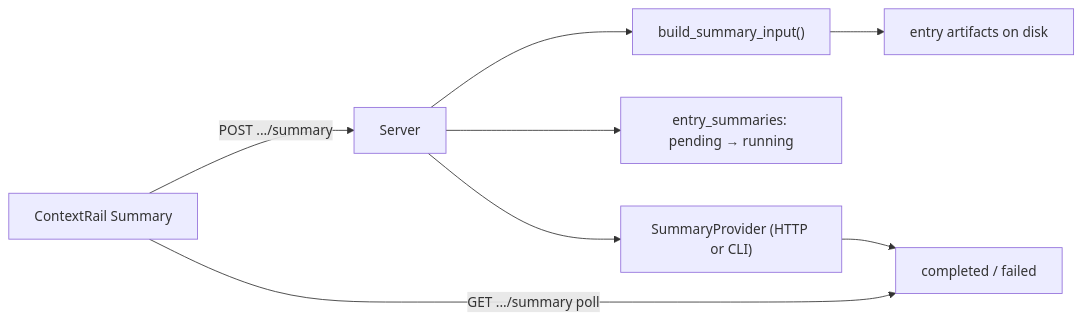
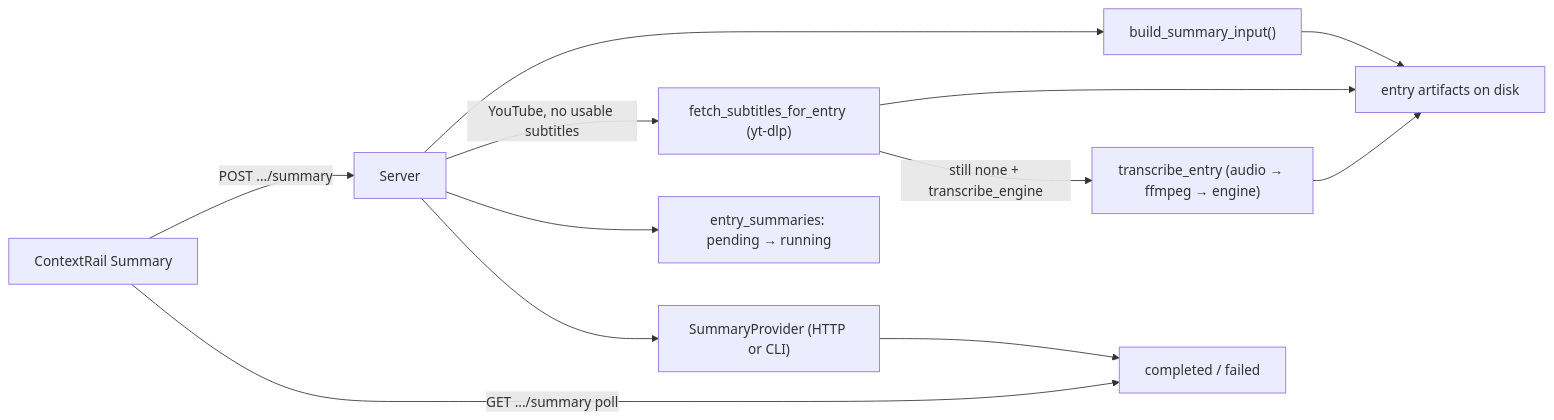
Before and after one commit to thegeneralist01/archivr: the fourth of 4 diagrams in ARCHIVR-MENTAL-MODEL.md, drawn with Mermaid. The commit also changed other lines of this file and 34 other files, not shown here.

First line of the commit message:
feat: add YouTube subtitles, local transcription, self-updating yt-dlp/Deno, X Article and thread titles (#39)

````diff
--- a/ARCHIVR-MENTAL-MODEL.md
+++ b/ARCHIVR-MENTAL-MODEL.md
@@ -206,10 +217,14 @@
 ```mermaid
 flowchart LR
   UI["ContextRail Summary"] -->|POST .../summary| Server
   Server --> Input["build_summary_input()"]
   Input --> Artifacts["entry artifacts on disk"]
+  Server -->|YouTube, no usable subtitles| Fetch["fetch_subtitles_for_entry (yt-dlp)"]
+  Fetch --> Artifacts
+  Fetch -->|still none + transcribe_engine| Transcribe["transcribe_entry (audio → ffmpeg → engine)"]
+  Transcribe --> Artifacts
   Server --> Row["entry_summaries: pending → running"]
   Server --> Provider["SummaryProvider (HTTP or CLI)"]
   Provider --> Row2["completed / failed"]
   UI -->|GET .../summary poll| Row2
 ```
````
